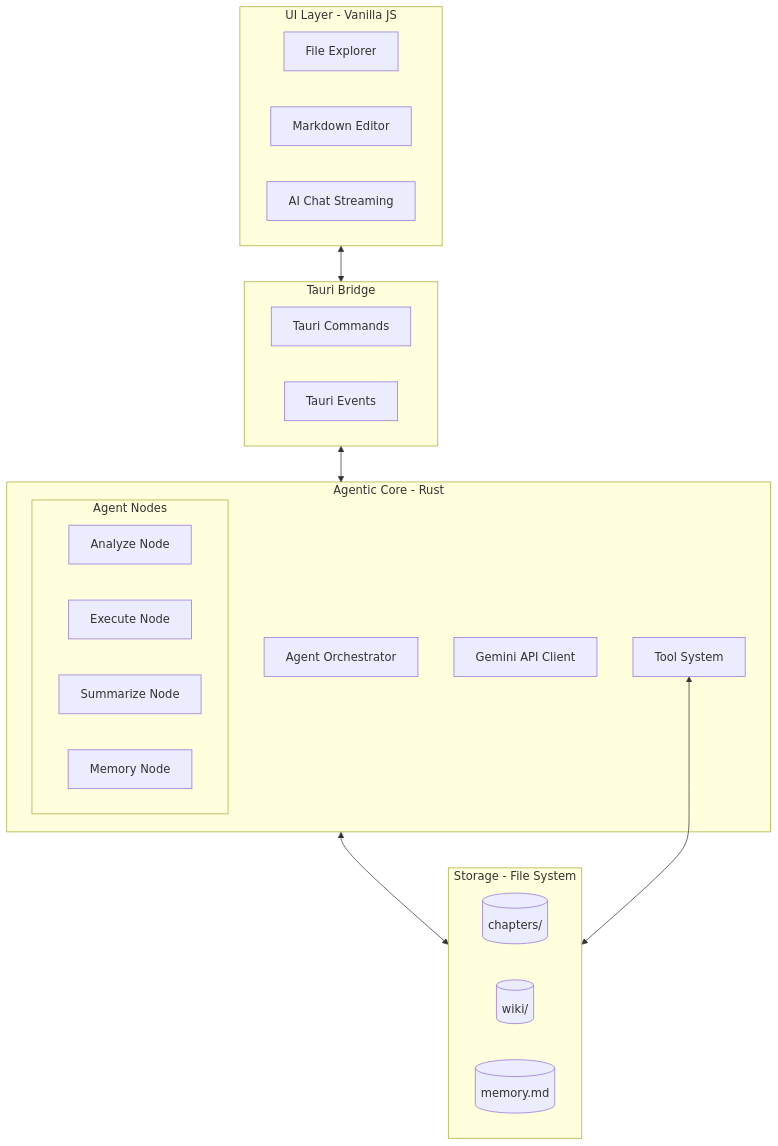
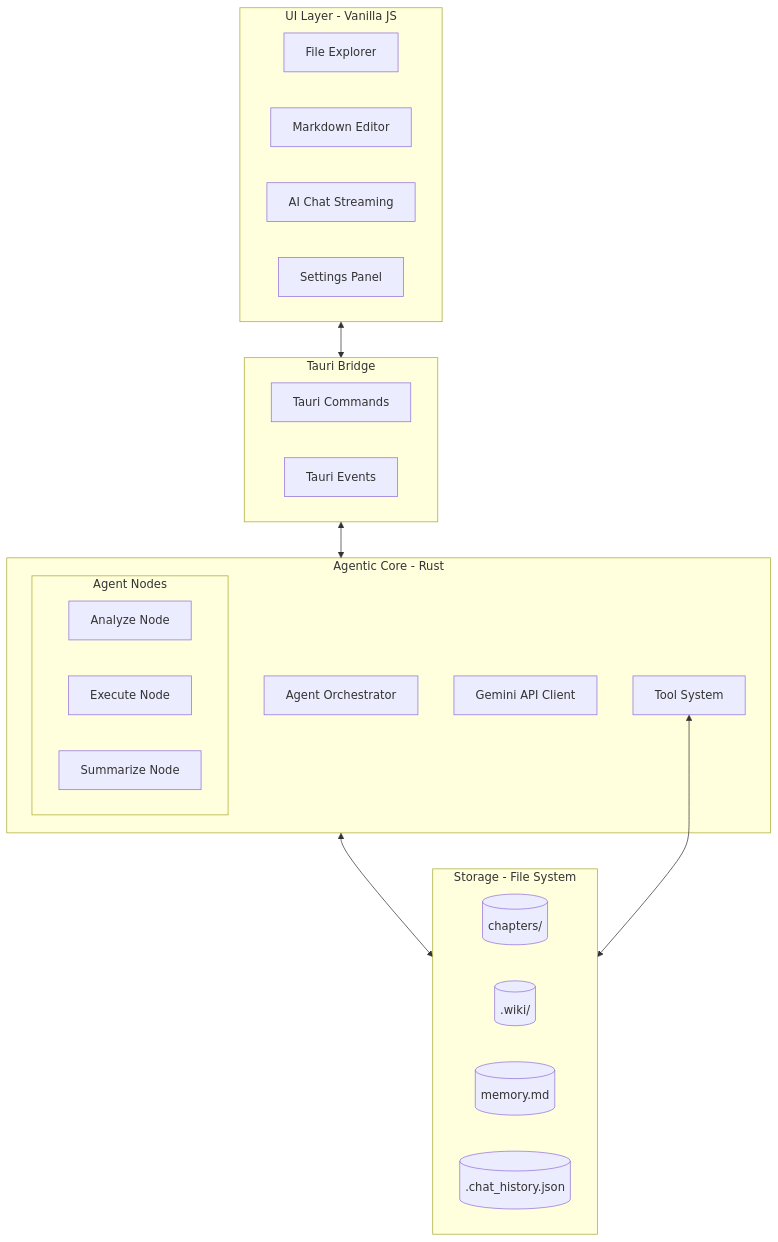
One commit to thichuong/AI_Write_Novel changed the diagram in architecture.md. Above: the diagram before and after it, drawn with Mermaid. The commit also changed other lines of this file and 7 other files, not shown here.

Commit message:
feat: implement settings panel for API key and model configuration with persistent storage support

````diff
--- a/architecture.md
+++ b/architecture.md
@@ -7,37 +7,38 @@
 ```mermaid
 graph TD
     subgraph Frontend [UI Layer - Vanilla JS]
         Explorer[File Explorer]
         Editor[Markdown Editor]
         Chat[AI Chat Streaming]
+        Settings[Settings Panel]
     end
 
     subgraph Bridge [Tauri Bridge]
         Commands[Tauri Commands]
         Events[Tauri Events]
     end
 
     subgraph Backend [Agentic Core - Rust]
         Orchestrator[Agent Orchestrator]
         subgraph Nodes [Agent Nodes]
             Analyze[Analyze Node]
             Execute[Execute Node]
             Summarize[Summarize Node]
-            MemoryNode[Memory Node]
         end
         Client[Gemini API Client]
         Tools[Tool System]
     end
 
     subgraph Data [Storage - File System]
         Chapters[(chapters/)]
-        Wiki[(wiki/)]
+        Wiki[(.wiki/)]
         MemoryFile[(memory.md)]
+        HistoryFile[(.chat_history.json)]
     end
 
     %% Tương tác
     Frontend <--> Bridge
     Bridge <--> Backend
     Backend <--> Data
     Tools <--> Data
 ```
````
